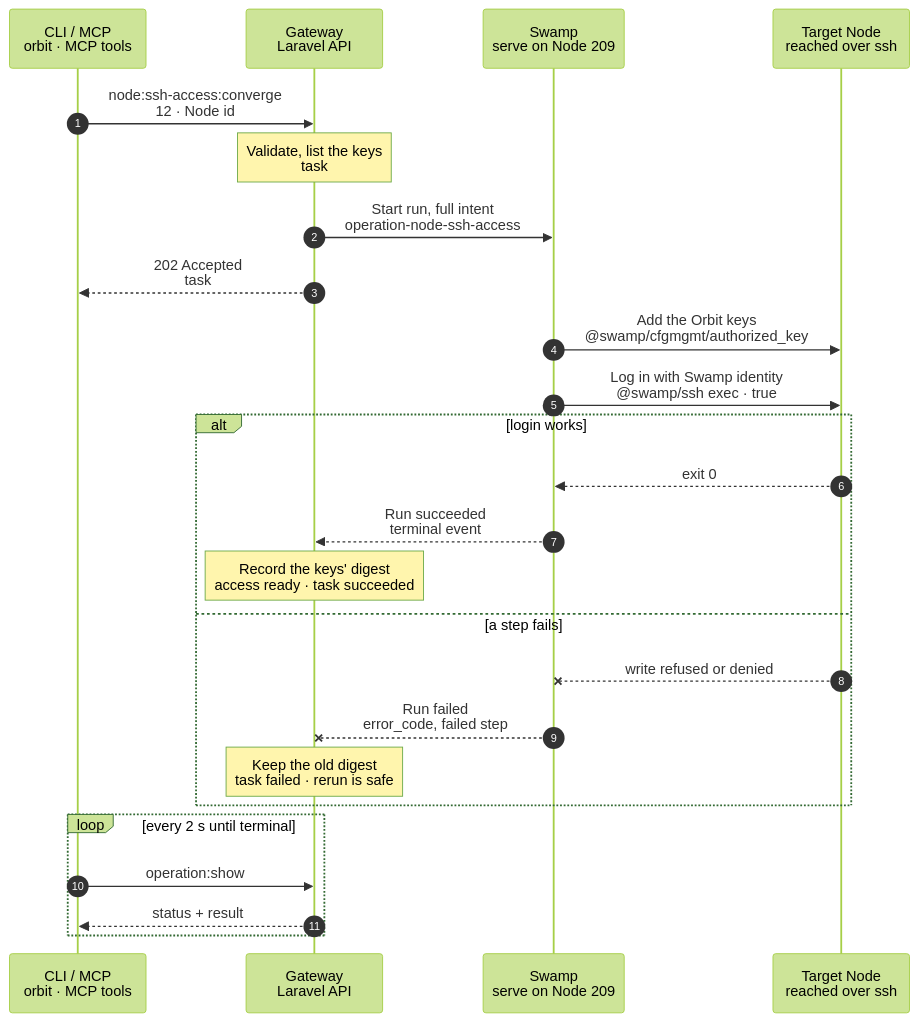
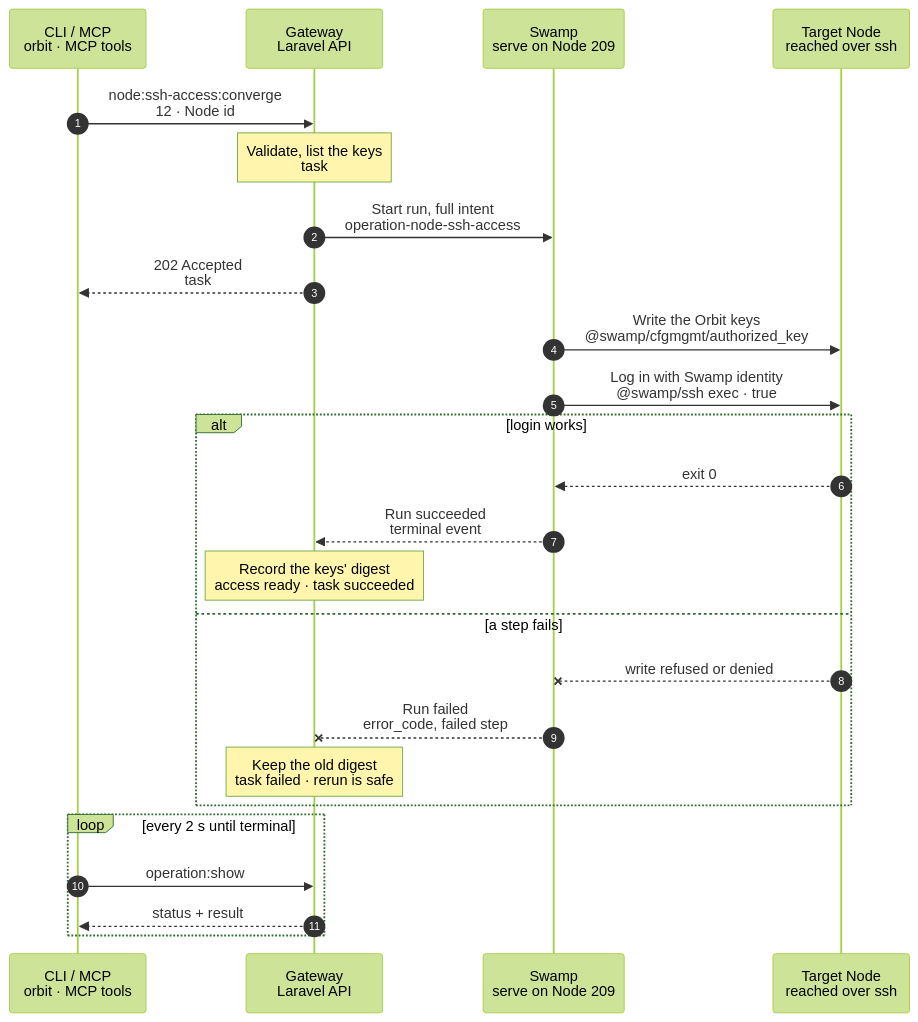
Before and after one commit to hardimpactdev/orbit: the diagram in docs/cli/node/ssh-access-converge.mmd, drawn with Mermaid (forest theme). The commit also changed 12 other files, not shown here.

```diff
--- a/docs/cli/node/ssh-access-converge.mmd
+++ b/docs/cli/node/ssh-access-converge.mmd
@@ -1,101 +1,101 @@
 sequenceDiagram
   %% Target design: ADR 0244 task, DECISIONS R2-R4 and 5 (one swamp-role SSH identity); Orbit only adds its own keys and never rewrites authorized_keys (Nov 1 incident); flow-tighten rule 22.
   %% status: draft
   %% command: node:ssh-access:converge
   %% kind: node.ssh_access_converge
   autonumber
   %% lane CLI icon=terminal pill=caller tone=gray
   %% lane GW icon=gateway pill=intent tone=blue
   %% lane SW icon=workflow pill=executes tone=green
   %% lane N icon=server pill=target tone=amber
   participant CLI as CLI / MCP<br/>orbit · MCP tools
   participant GW as Gateway<br/>Laravel API
   participant SW as Swamp<br/>serve on Node 209
   participant N as Target Node<br/>reached over ssh
   CLI->>GW: node:ssh-access:converge<br/>12 · Node id
   %%> Command:
   %%> - MCP tool `node-ssh-access-converge` with node `12`; API `POST /nodes/12/ssh-access/converge`
   %%> - syntax: `<node>`
   %%> Input:
   %%> - the Node only; the keys come from Orbit's records, never from the request
   %%> What it does:
   %%> - makes Node 12's managed account accept the Swamp Node's SSH identity and the operator keys recorded in Orbit
   %%> - keeps every other key in `authorized_keys` exactly as it is
   %%> Who can call it:
   %%> - the MCP tool and the API; the `orbit` CLI has no command for it yet
   Note over GW: Validate, list the keys<br/>task #5133 · Node 12
   %%> Requirements:
   %%> - your Node has an access grant to Node 12
   %%> - Node 12 is an active, managed Linux Node with stored SSH host keys
   %%> - its managed account is not `root`
   %%> - no other SSH access change runs for Node 12; the Gateway holds one lock per Node
   %%> Builds:
   %%> - Orbit's keys: the `swamp` role's public key from Node 209, then each operator key recorded in Orbit, in a stable order
   %%> - their digest
   %%> Reuse:
   %%> - a succeeded or running task with the same digest for Node 12 is returned instead of a new one
   %%> Result:
   %%> - task #5133 recorded with the full intent; no private key in it
   GW->>SW: Start run, full intent<br/>operation-node-ssh-access
   %%> What it does:
   %%> - starts one Swamp run on serve (Node 209)
   %%> Inputs:
   %%> - Orbit's keys and their digest, and the managed account
   %%> - Node 12's address and SSH host keys; the SSH identity comes from the `swamp` role
   GW-->>CLI: 202 Accepted<br/>task #5133
   %%> What you get:
   %%> - the task number, at once
   %%> Next:
   %%> - the CLI follows the task with `operation:show`
-  SW->>N: Add the Orbit keys<br/>@swamp/cfgmgmt/authorized_key
+  SW->>N: Write the Orbit keys<br/>@swamp/cfgmgmt/authorized_key
   %%> What it does:
   %%> - adds each of Orbit's keys to the managed account's `authorized_keys` when it is missing, one behavior per key
   %%> Never:
   %%> - removes, reorders or changes another line, so operator keys Orbit does not manage keep their access
   %%> How:
   %%> - the official `@swamp/cfgmgmt/authorized_key` behavior over SSH from 209, as the managed account
   %%> Not included:
   %%> - a Node that does not accept the `swamp` role identity yet; Node bootstrap adds that first key
   SW->>N: Log in with Swamp identity<br/>@swamp/ssh exec · true
   %%> What it does:
   %%> - opens a new SSH session with the `swamp` role identity only, and runs `true`
   %%> Returns:
   %%> - the end check; the Gateway reads it from Swamp's run data
   %%> Why:
   %%> - access only counts as ready when the Swamp identity really logs in
   alt login works
     N-->>SW: exit 0
     %%> Returns:
     %%> - every check passed
     SW-->>GW: Run succeeded<br/>terminal event
     %%> How the Gateway learns it:
     %%> - its shared run reader sees the terminal event; Swamp never calls the Gateway
     Note over GW: Record the keys' digest<br/>access ready · task succeeded
     %%> Result:
     %%> - Node 12's SSH access digest is the digest of Orbit's keys
     %%> - task #5133 succeeds
   else a step fails
     N--xSW: write refused or denied
     %%> When:
     %%> - a key cannot be added, or the Swamp identity is refused
     SW--xGW: Run failed<br/>error_code, failed step
     %%> The Gateway reads:
     %%> - which step failed and its error code
     Note over GW: Keep the old digest<br/>task failed · rerun is safe
     %%> Result:
     %%> - Node 12's recorded SSH access stays as it was
     %%> - task #5133 fails
     %%> On the Node:
     %%> - added keys stay; there is no rollback
     %%> - other keys are never touched, so operator access stays
     %%> Retry:
     %%> - run the same command again after fixing the cause; keys already there are left as they are
   end
   loop every 2 s until terminal
     CLI->>GW: operation:show #5133
     %%> What it does:
     %%> - asks for the task's status every 2 seconds until it has ended
     GW-->>CLI: status + result
     %%> Returns:
     %%> - the current status, and the result once the task has ended
   end
```
